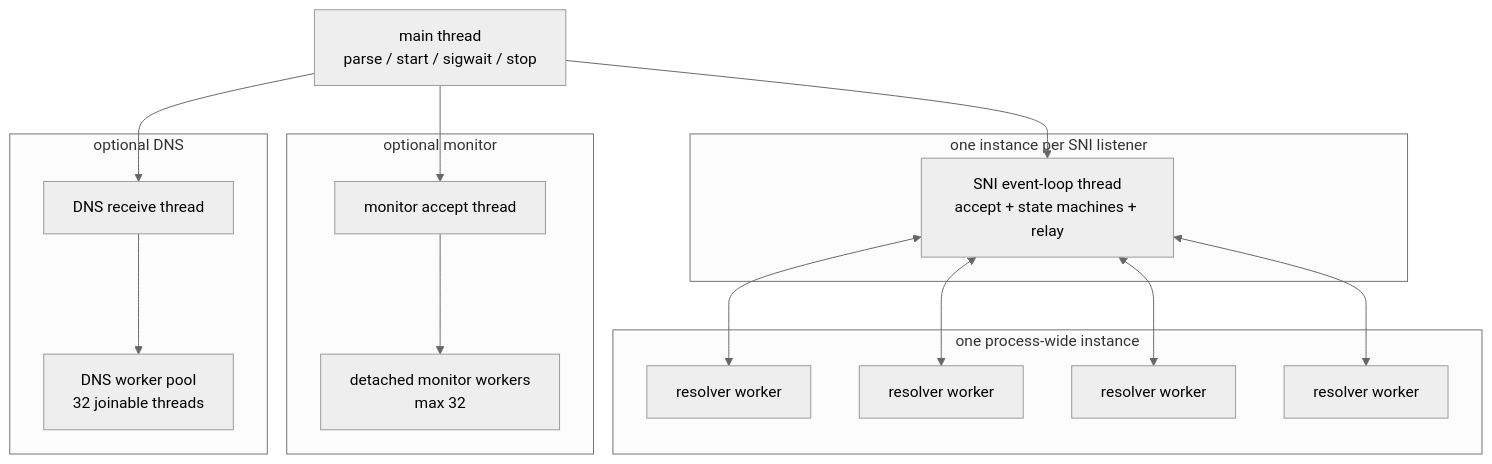
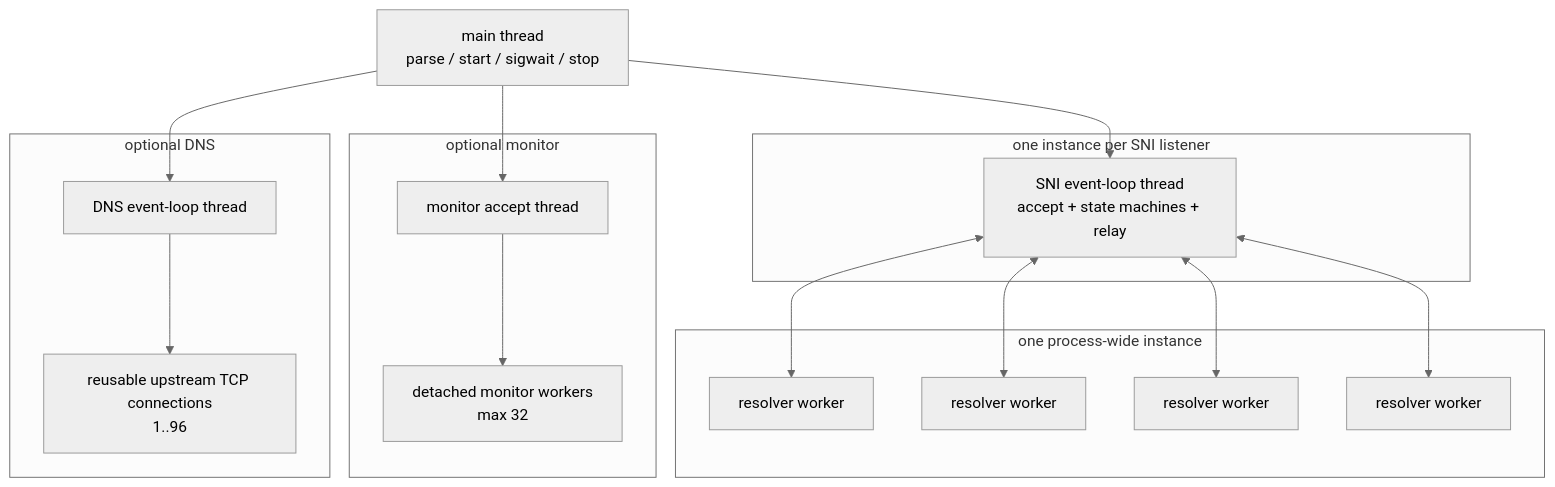
One commit to 0x7a657573/zroxy changed the third of 11 diagrams in ARCHITECTURE.md. Above: the diagram before and after it, drawn with Mermaid (neutral theme). The commit also changed other lines of this file and 27 other files, not shown here.

First line of the commit message:
refactor(dns): replace FIFO workers with a DNS event loop

````diff
--- a/ARCHITECTURE.md
+++ b/ARCHITECTURE.md
@@ -289,35 +285,35 @@
 ```mermaid
 flowchart TB
     Main[main thread\nparse / start / sigwait / stop]
 
     subgraph PerListener[one instance per SNI listener]
         Loop[SNI event-loop thread\naccept + state machines + relay]
     end
 
     subgraph SharedResolver[one process-wide instance]
         R1[resolver worker]
         R2[resolver worker]
         R3[resolver worker]
         R4[resolver worker]
     end
 
     subgraph MonitorService[optional monitor]
         MA[monitor accept thread]
         MW[detached monitor workers\nmax 32]
     end
 
     subgraph DNSService[optional DNS]
-        DA[DNS receive thread]
-        DW[DNS worker pool\n32 joinable threads]
+        DE[DNS event-loop thread]
+        Upstreams[reusable upstream TCP connections\n1..96]
     end
 
     Main --> Loop
     Main --> MA
-    Main --> DA
+    Main --> DE
     Loop <--> R1
     Loop <--> R2
     Loop <--> R3
     Loop <--> R4
     MA --> MW
-    DA --> DW
+    DE --> Upstreams
 ```
````
